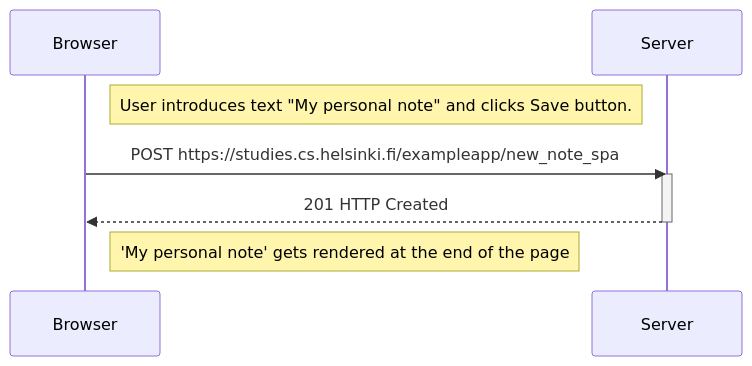
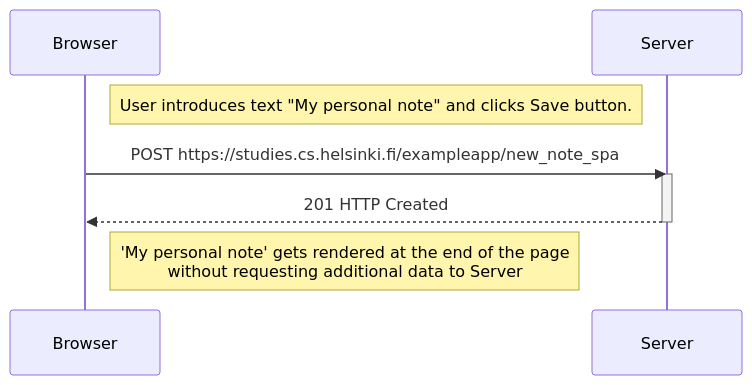
One commit to Maycas/Full-Stack-Open changed the diagram in Part 00 - Fundamentals of Web Apps/0.6 - NewNoteSinglePageApp.md. Above: the diagram before and after it, drawn with Mermaid.

Commit message:
Additional comments

````diff
--- a/Part 00 - Fundamentals of Web Apps/0.6 - NewNoteSinglePageApp.md
+++ b/Part 00 - Fundamentals of Web Apps/0.6 - NewNoteSinglePageApp.md
@@ -1,15 +1,15 @@
 ```mermaid
 
 sequenceDiagram
     participant Browser
     participant Server
 
     Note right of Browser: User introduces text "My personal note" and clicks Save button.
 
     Browser->>Server: POST https://studies.cs.helsinki.fi/exampleapp/new_note_spa
     activate Server
     Server-->>Browser: 201 HTTP Created
     deactivate Server
 
-    Note right of Browser: 'My personal note' gets rendered at the end of the page
+    Note right of Browser: 'My personal note' gets rendered at the end of the page <br>without requesting additional data to Server
 ```
````
